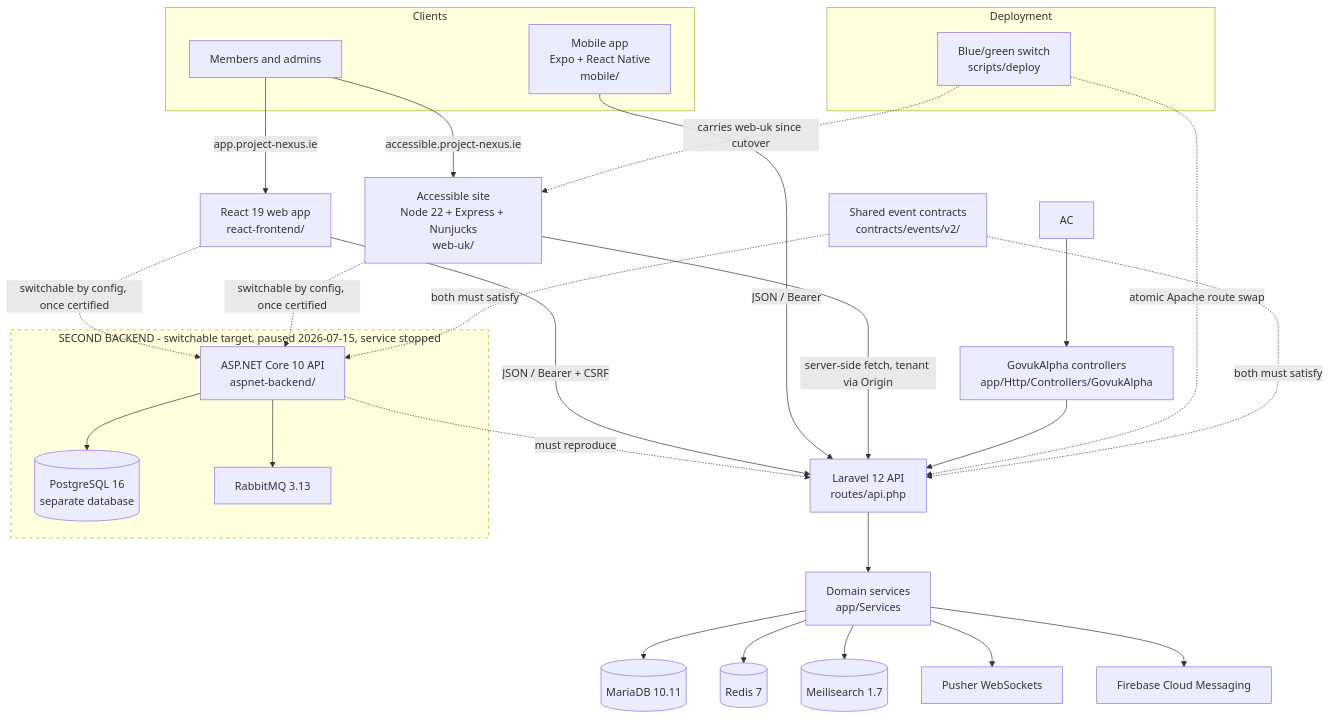
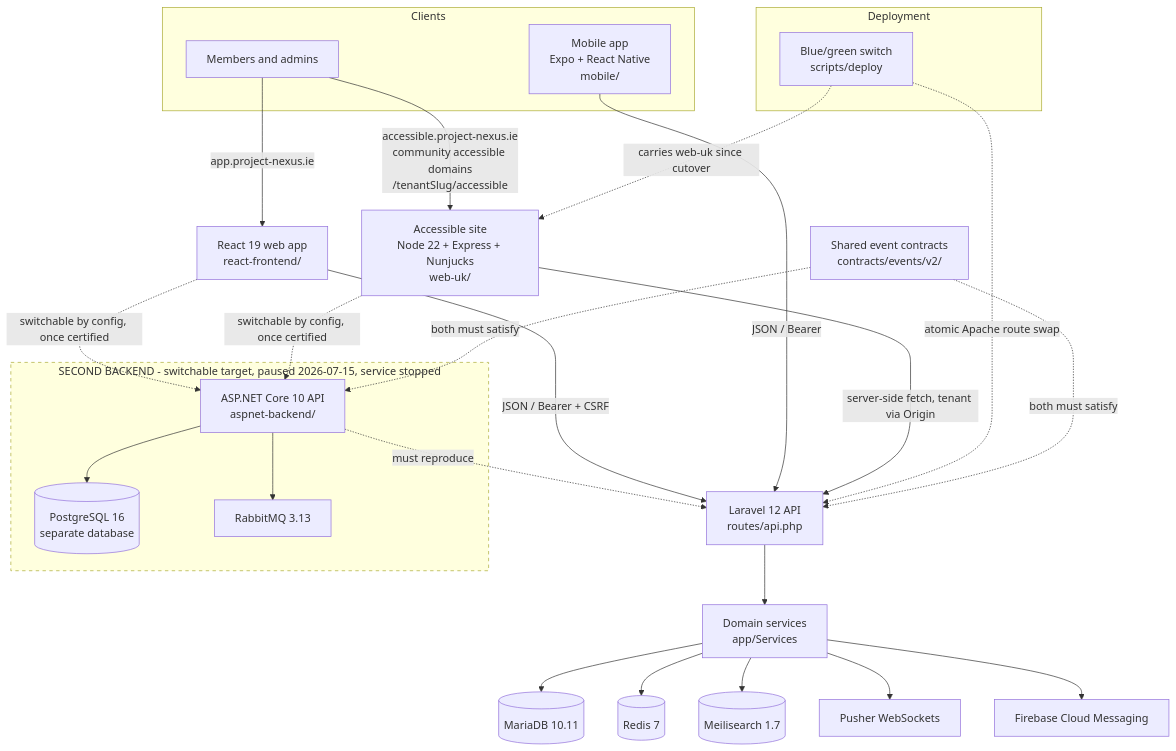
Before and after one commit to jasperfordesq-ai/Project-NEXUS: the diagram in README.md, drawn with Mermaid. The commit also changed other lines of this file and 8 other files, not shown here.

````diff
--- a/README.md
+++ b/README.md
@@ -215,45 +227,43 @@
 ```mermaid
 flowchart TD
     subgraph Clients
         U[Members and admins]
         M[Mobile app<br/>Expo + React Native<br/>mobile/]
     end
 
     U -->|app.project-nexus.ie| RC[React 19 web app<br/>react-frontend/]
-    U -->|accessible.project-nexus.ie| WU[Accessible site<br/>Node 22 + Express + Nunjucks<br/>web-uk/]
+    U -->|accessible.project-nexus.ie<br/>community accessible domains<br/>/tenantSlug/accessible| WU[Accessible site<br/>Node 22 + Express + Nunjucks<br/>web-uk/]
 
     RC -->|JSON / Bearer + CSRF| API[Laravel 12 API<br/>routes/api.php]
     M -->|JSON / Bearer| API
     WU -->|server-side fetch, tenant via Origin| API
-    AC --> GC[GovukAlpha controllers<br/>app/Http/Controllers/GovukAlpha]
-    GC --> API
 
     API --> SVC[Domain services<br/>app/Services]
     SVC --> DB[(MariaDB 10.11)]
     SVC --> RED[(Redis 7)]
     SVC --> MEI[(Meilisearch 1.7)]
     SVC --> PUSH[Pusher WebSockets]
     SVC --> FCM[Firebase Cloud Messaging]
 
     subgraph Deployment
         BG[Blue/green switch<br/>scripts/deploy]
     end
     BG -. atomic Apache route swap .-> API
     BG -. carries web-uk since cutover .-> WU
 
     subgraph SEC ["SECOND BACKEND - switchable target, paused 2026-07-15, service stopped"]
         ASP[ASP.NET Core 10 API<br/>aspnet-backend/]
         PG[(PostgreSQL 16<br/>separate database)]
         MQ[RabbitMQ 3.13]
         ASP --> PG
         ASP --> MQ
     end
 
     ASP -. must reproduce .-> API
     RC -. switchable by config, once certified .-> ASP
     WU -. switchable by config, once certified .-> ASP
     CON[Shared event contracts<br/>contracts/events/v2/] -. both must satisfy .-> API
     CON -. both must satisfy .-> ASP
 
     style SEC stroke-dasharray: 5 5
 ```
````
